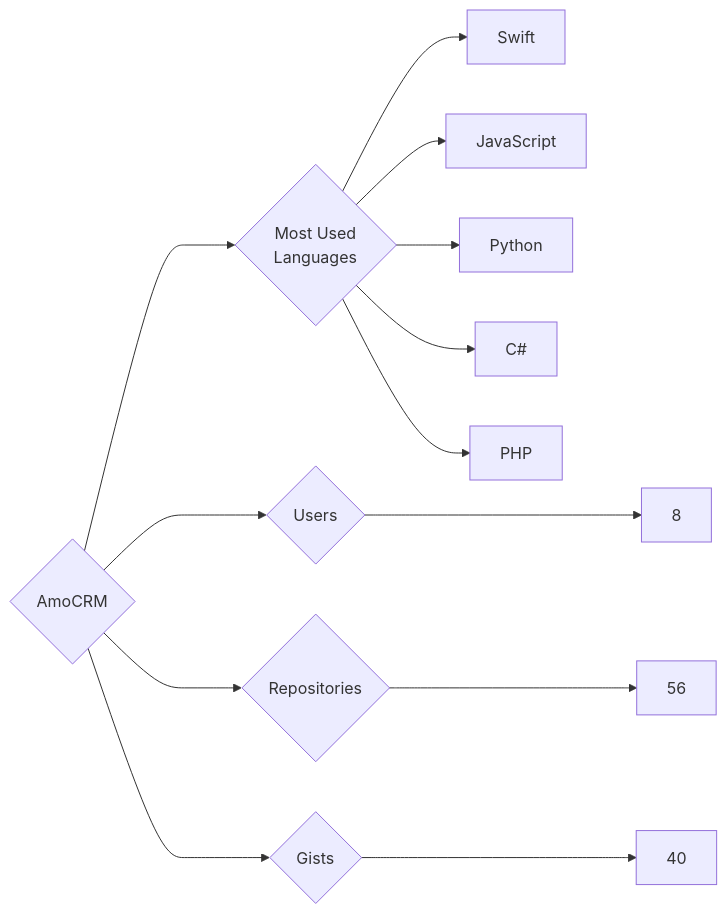
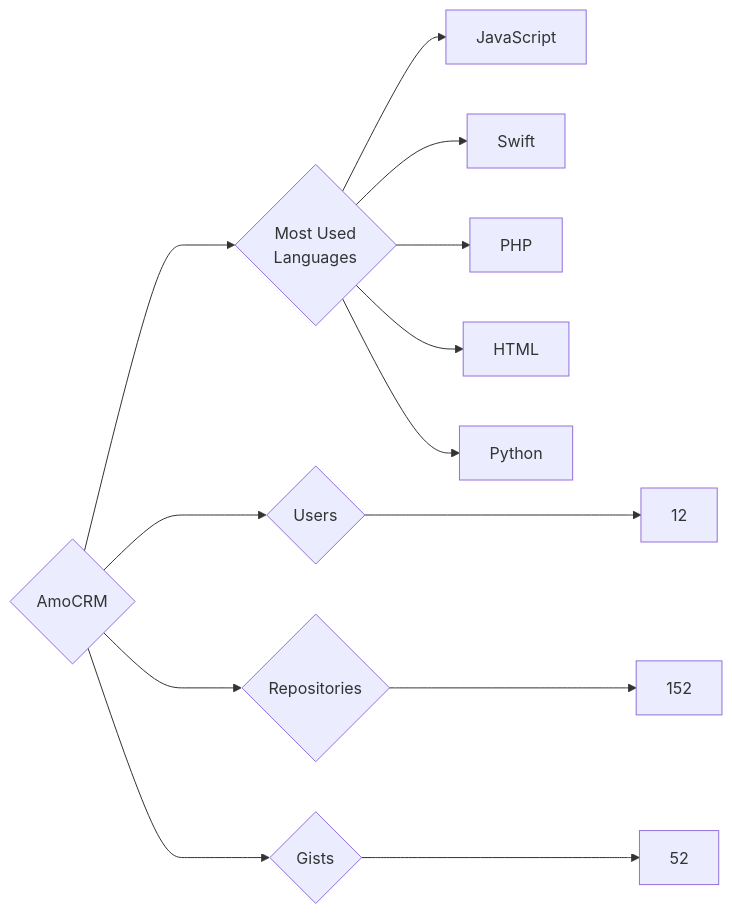
One commit to trickest/insiders changed the diagram in targets/AmoCRM/README.md. Above: the diagram before and after it, drawn with Mermaid. The commit also changed 748 other files, not shown here.

````diff
--- a/targets/AmoCRM/README.md
+++ b/targets/AmoCRM/README.md
@@ -3,13 +3,13 @@
 ```mermaid
 graph LR
 COMPANY_NAME{AmoCRM}
-COMPANY_NAME ---> U{Users} ---> UN[8]
-COMPANY_NAME ---> R{Repositories} ---> RN[56]
-COMPANY_NAME ---> G{Gists} ---> GN[40]
+COMPANY_NAME ---> U{Users} ---> UN[12]
+COMPANY_NAME ---> R{Repositories} ---> RN[152]
+COMPANY_NAME ---> G{Gists} ---> GN[52]
 COMPANY_NAME ---> ML{Most Used<br>Languages}
+ML --> JavaScript[JavaScript]
 ML --> Swift[Swift]
-ML --> JavaScript[JavaScript]
+ML --> PHP[PHP]
+ML --> HTML[HTML]
 ML --> Python[Python]
-ML --> C#[C#]
-ML --> PHP[PHP]
 ```
````
